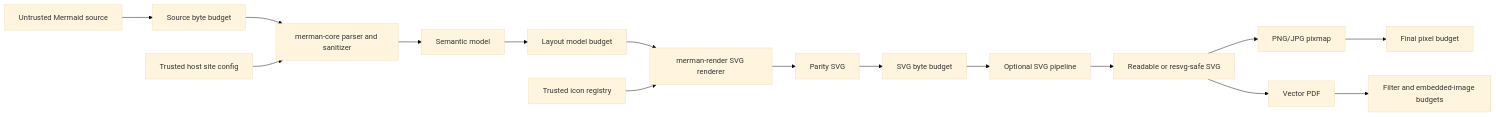
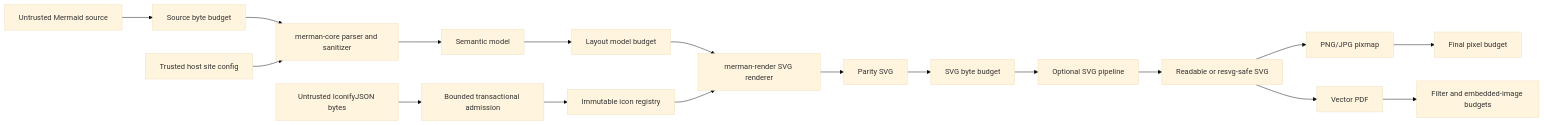
The diagram in docs/security/THREAT_MODEL.md (Latias94/merman), drawn with Mermaid (base theme) before and after one commit. The commit also changed other lines of this file and 62 other files, not shown here.

First line of the commit message:
refactor(svg)!: add bounded immutable icon registries

````diff
--- a/docs/security/THREAT_MODEL.md
+++ b/docs/security/THREAT_MODEL.md
@@ -18,18 +18,20 @@
 ```mermaid
 flowchart LR
     Source[Untrusted Mermaid source] --> SourceBudget[Source byte budget]
     SourceBudget --> Core[merman-core parser and sanitizer]
     SiteConfig[Trusted host site config] --> Core
     Core --> Model[Semantic model]
     Model --> LayoutBudget[Layout model budget]
     LayoutBudget --> Render[merman-render SVG renderer]
-    Icons[Trusted icon registry] --> Render
+    IconBytes[Untrusted IconifyJSON bytes] --> IconAdmission[Bounded transactional admission]
+    IconAdmission --> Icons[Immutable icon registry]
+    Icons --> Render
     Render --> Parity[Parity SVG]
     Parity --> SvgBudget[SVG byte budget]
     SvgBudget --> Pipeline[Optional SVG pipeline]
     Pipeline --> SafeSvg[Readable or resvg-safe SVG]
     SafeSvg --> Raster[PNG/JPG pixmap]
     SafeSvg --> Pdf[Vector PDF]
     Raster --> RasterBudget[Final pixel budget]
     Pdf --> PdfBudget[Filter and embedded-image budgets]
 ```
````
